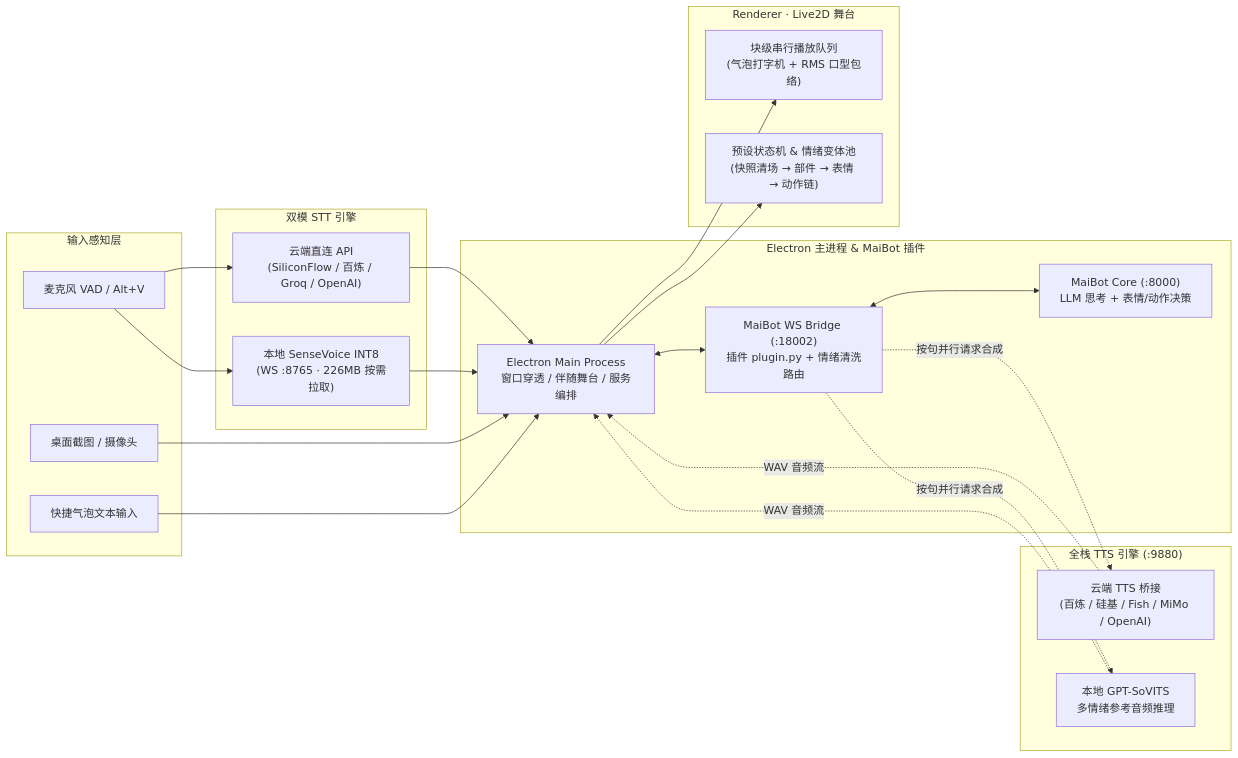
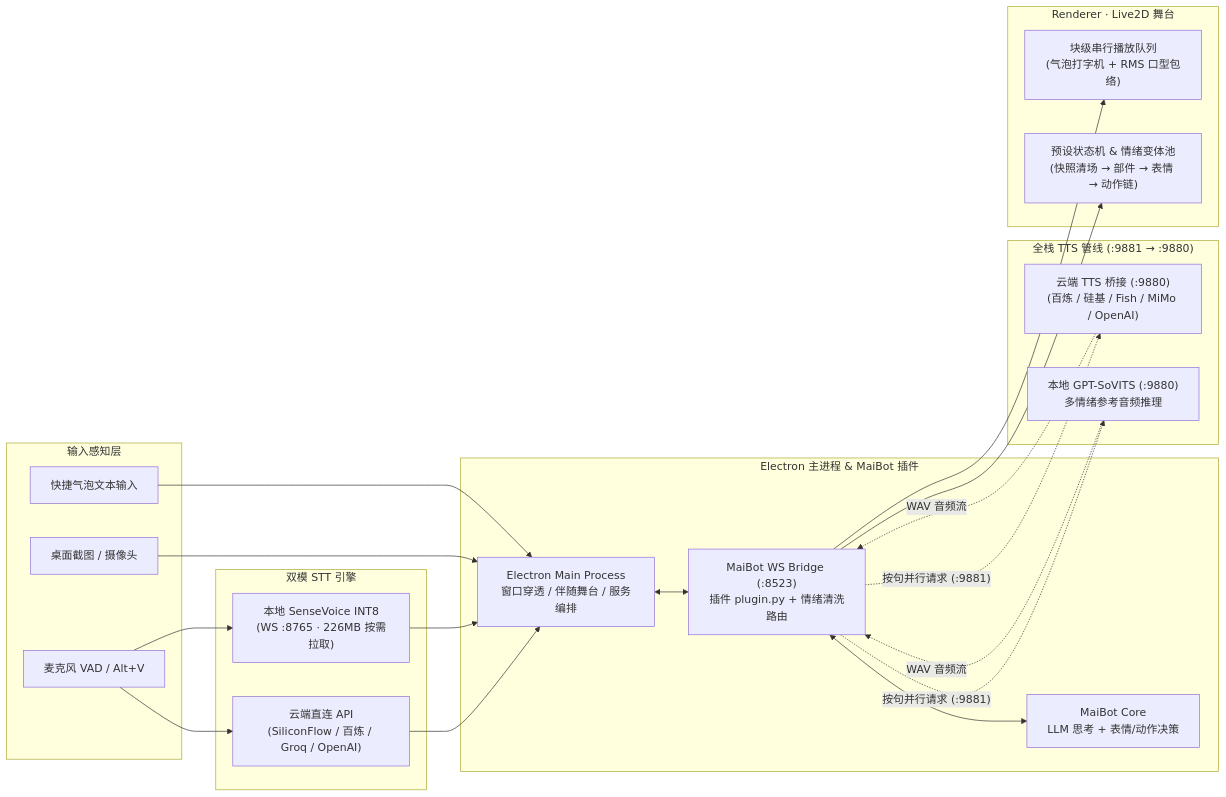
Before and after one commit to Maboroshinatsu/maibot-deskpet-plugin: the diagram in README.md, drawn with Mermaid. The commit also changed other lines of this file and 3 other files, not shown here.

````diff
--- a/README.md
+++ b/README.md
@@ -119,37 +119,37 @@
 ```mermaid
 flowchart LR
     subgraph Input["输入感知层"]
         Mic["麦克风 VAD / Alt+V"]
         Vision["桌面截图 / 摄像头"]
         Text["快捷气泡文本输入"]
     end
 
     subgraph SpeechIn["双模 STT 引擎"]
         CloudSTT["云端直连 API\n(SiliconFlow / 百炼 / Groq / OpenAI)"]
         LocalSTT["本地 SenseVoice INT8\n(WS :8765 · 226MB 按需拉取)"]
     end
 
     subgraph Core["Electron 主进程 & MaiBot 插件"]
         Main["Electron Main Process\n窗口穿透 / 伴随舞台 / 服务编排"]
-        Bridge["MaiBot WS Bridge (:18002)\n插件 plugin.py + 情绪清洗路由"]
-        MaiBot["MaiBot Core (:8000)\nLLM 思考 + 表情/动作决策"]
+        Bridge["MaiBot WS Bridge (:8523)\n插件 plugin.py + 情绪清洗路由"]
+        MaiBot["MaiBot Core\nLLM 思考 + 表情/动作决策"]
     end
 
-    subgraph SpeechOut["全栈 TTS 引擎 (:9880)"]
-        CloudTTS["云端 TTS 桥接\n(百炼 / 硅基 / Fish / MiMo / OpenAI)"]
-        LocalTTS["本地 GPT-SoVITS\n多情绪参考音频推理"]
+    subgraph SpeechOut["全栈 TTS 管线 (:9881 → :9880)"]
+        CloudTTS["云端 TTS 桥接 (:9880)\n(百炼 / 硅基 / Fish / MiMo / OpenAI)"]
+        LocalTTS["本地 GPT-SoVITS (:9880)\n多情绪参考音频推理"]
     end
 
     subgraph Stage["Renderer · Live2D 舞台"]
         Queue["块级串行播放队列\n(气泡打字机 + RMS 口型包络)"]
         Preset["预设状态机 & 情绪变体池\n(快照清场 → 部件 → 表情 → 动作链)"]
     end
 
     Mic --> CloudSTT & LocalSTT
     CloudSTT & LocalSTT --> Main
     Vision & Text --> Main
     Main <--> Bridge <--> MaiBot
-    Bridge -. "按句并行请求合成" .-> CloudTTS & LocalTTS
-    CloudTTS & LocalTTS -. "WAV 音频流" .-> Main
-    Main --> Queue & Preset
+    Bridge -. "按句并行请求 (:9881)" .-> CloudTTS & LocalTTS
+    CloudTTS & LocalTTS -. "WAV 音频流" .-> Bridge
+    Bridge --> Queue & Preset
 ```
````
